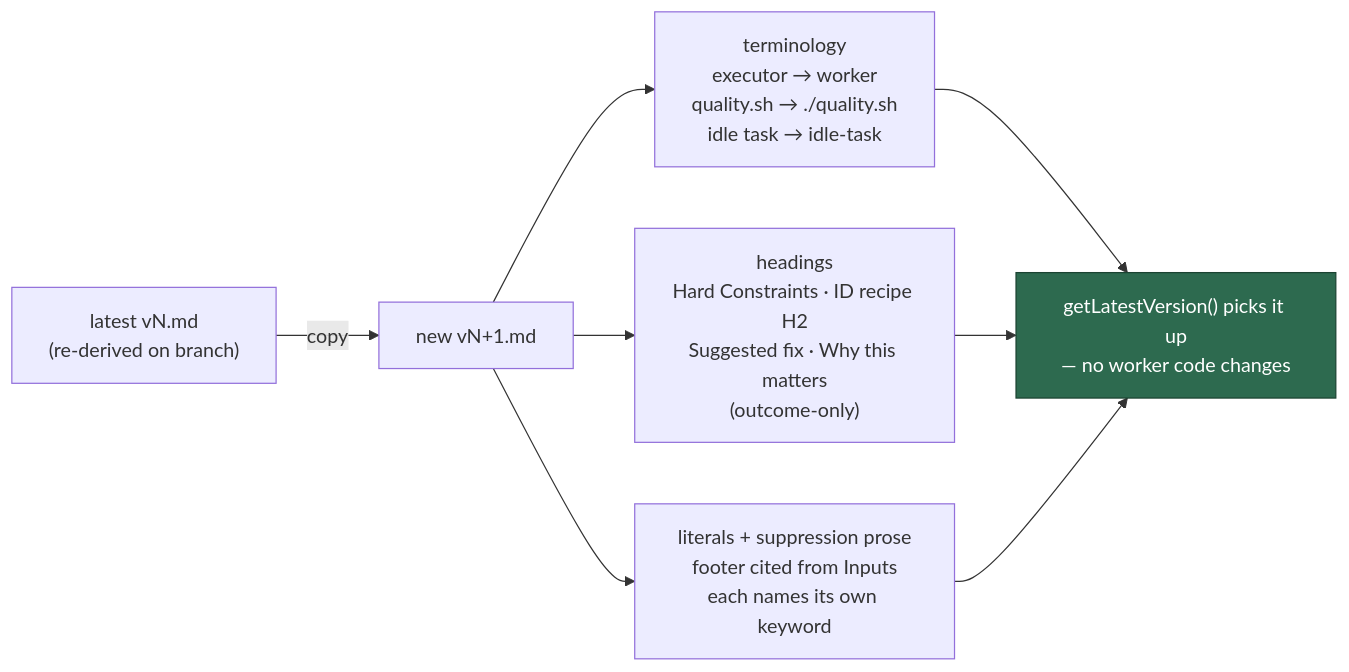
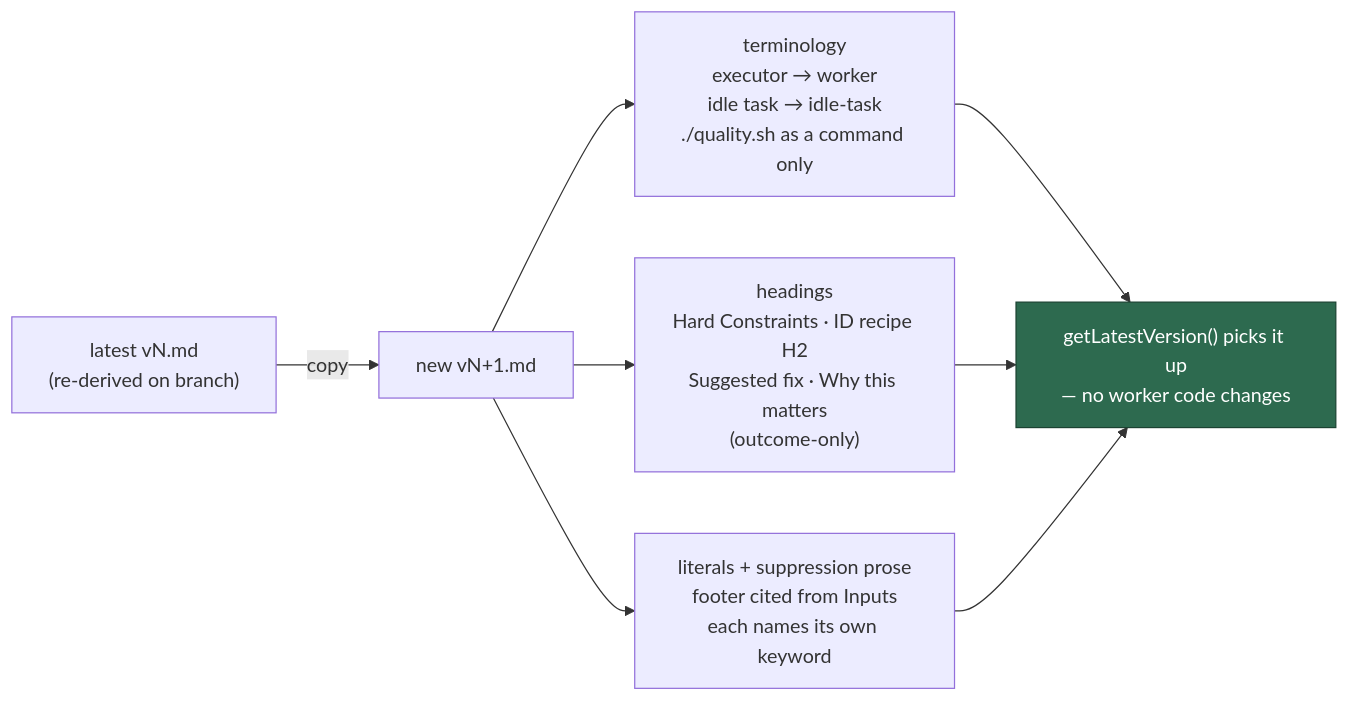
One commit to stSoftwareAU/VibeCoder changed the diagram in docs/archive/pr-summaries/pr-summary-835.md. Above: the diagram before and after it, drawn with Mermaid. The commit also changed other lines of this file, not shown here.

````diff
--- a/docs/archive/pr-summaries/pr-summary-835.md
+++ b/docs/archive/pr-summaries/pr-summary-835.md
@@ -52,11 +77,11 @@
 ```mermaid
 flowchart LR
     A["latest vN.md<br/>(re-derived on branch)"] -->|copy| B["new vN+1.md"]
-    B --> C["terminology<br/>executor → worker<br/>quality.sh → ./quality.sh<br/>idle task → idle-task"]
+    B --> C["terminology<br/>executor → worker<br/>idle task → idle-task<br/>./quality.sh as a command only"]
     B --> D["headings<br/>Hard Constraints · ID recipe H2<br/>Suggested fix · Why this matters<br/>(outcome-only)"]
     B --> E["literals + suppression prose<br/>footer cited from Inputs<br/>each names its own keyword"]
     C --> F["getLatestVersion() picks it up<br/>— no worker code changes"]
     D --> F
     E --> F
     style F fill:#2d6a4f,stroke:#1b4332,color:#fff
 ```
````
